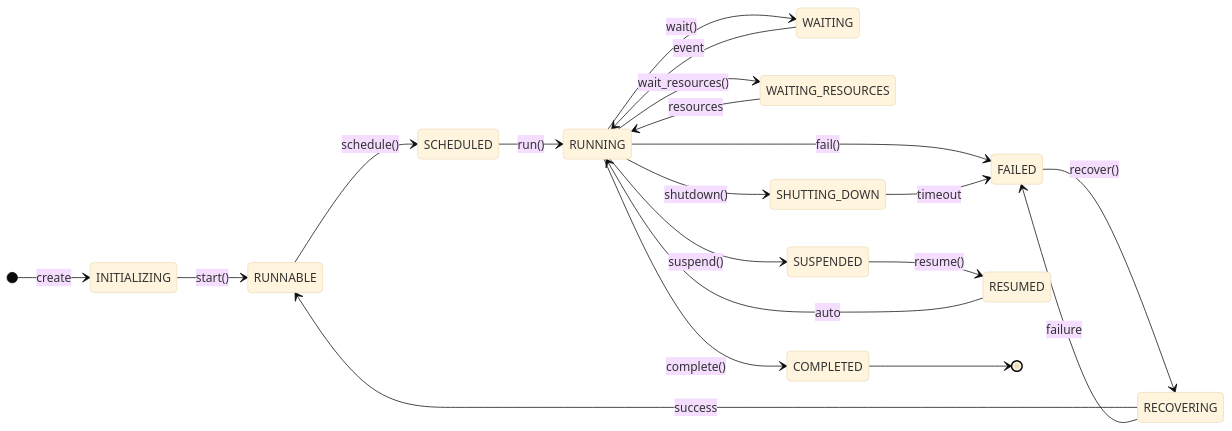
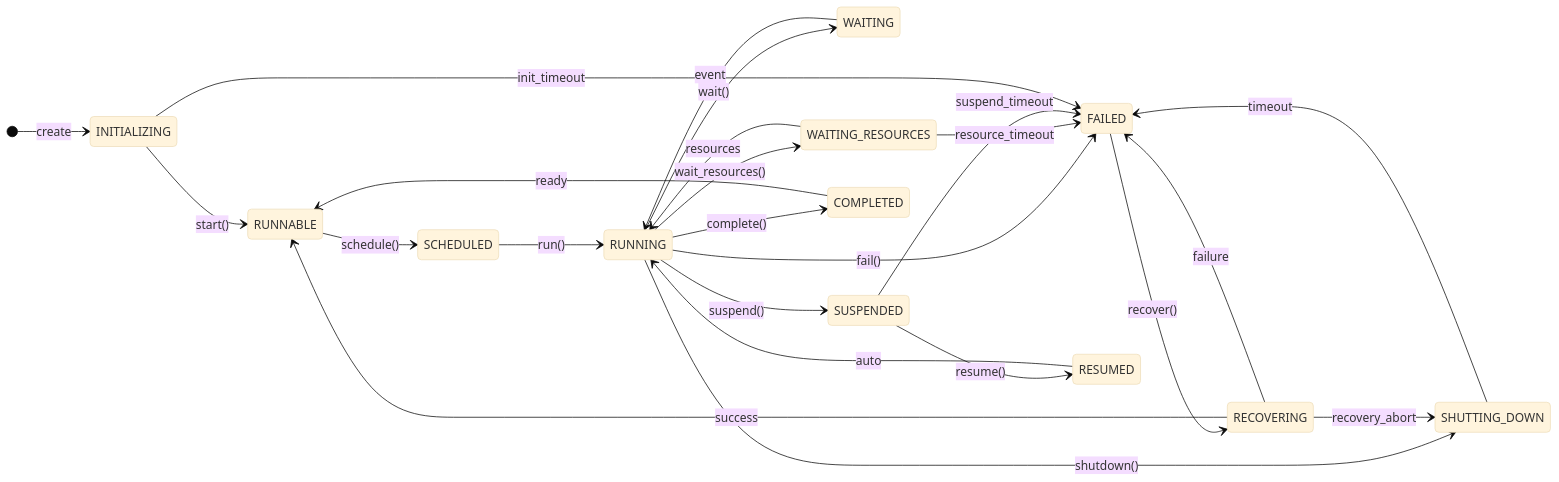
One commit to rahulrajaram/sw4rm changed the second of 4 diagrams in documentation/architecture/index.md. Above: the diagram before and after it, drawn with Mermaid (base theme). The commit also changed 54 other files, not shown here.

````diff
--- a/documentation/architecture/index.md
+++ b/documentation/architecture/index.md
@@ -72,29 +72,34 @@
 ```mermaid
 stateDiagram-v2
     direction LR
 
     [*] --> INITIALIZING: create
     INITIALIZING --> RUNNABLE: start()
     RUNNABLE --> SCHEDULED: schedule()
     SCHEDULED --> RUNNING: run()
 
     RUNNING --> WAITING: wait()
     RUNNING --> WAITING_RESOURCES: wait_resources()
     RUNNING --> SUSPENDED: suspend()
     RUNNING --> COMPLETED: complete()
     RUNNING --> FAILED: fail()
     RUNNING --> SHUTTING_DOWN: shutdown()
 
     WAITING --> RUNNING: event
     WAITING_RESOURCES --> RUNNING: resources
+    WAITING_RESOURCES --> FAILED: resource_timeout
     SUSPENDED --> RESUMED: resume()
+    SUSPENDED --> FAILED: suspend_timeout
     RESUMED --> RUNNING: auto
+
+    INITIALIZING --> FAILED: init_timeout
 
     FAILED --> RECOVERING: recover()
     RECOVERING --> RUNNABLE: success
     RECOVERING --> FAILED: failure
+    RECOVERING --> SHUTTING_DOWN: recovery_abort
 
     SHUTTING_DOWN --> FAILED: timeout
 
-    COMPLETED --> [*]
+    COMPLETED --> RUNNABLE: ready
 ```
````
